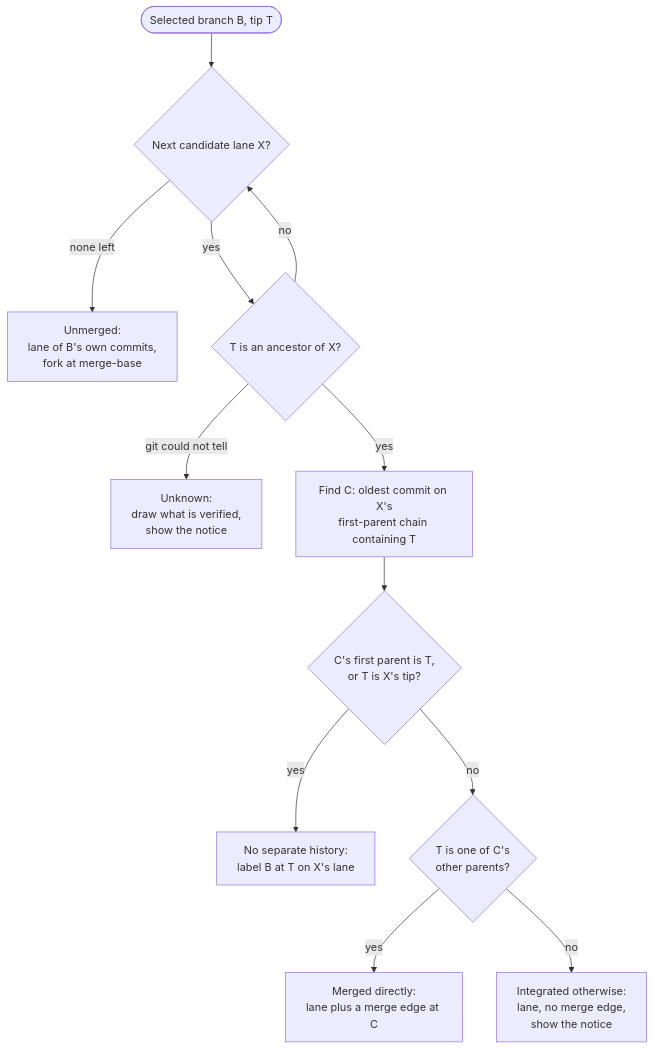
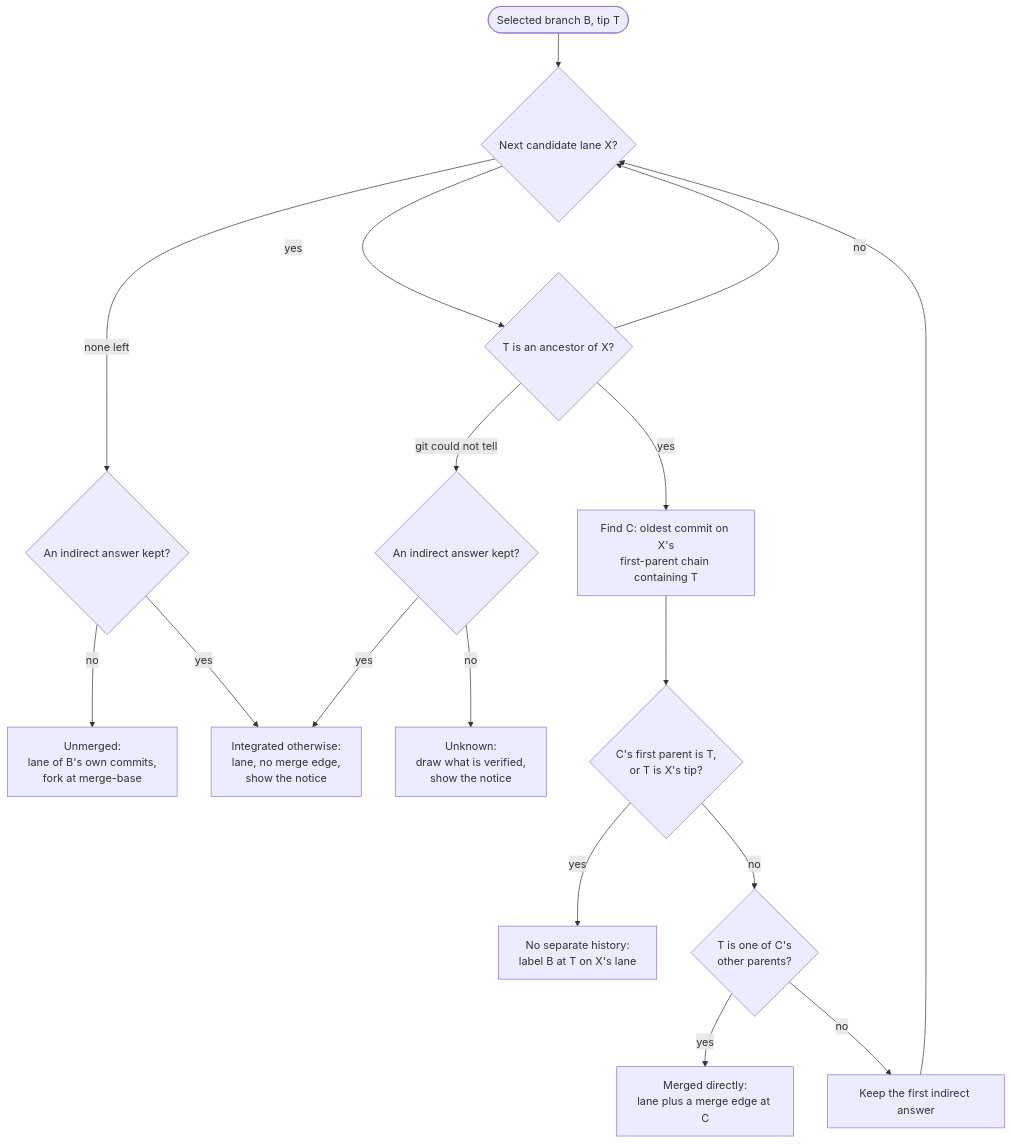
One commit to yankeeinlondon/rusty-biscuit changed the first of 2 diagrams in worktree/docs/git-graph.md. Above: the diagram before and after it, drawn with Mermaid. The commit also changed other lines of this file and 1 other file, not shown here.

````diff
--- a/worktree/docs/git-graph.md
+++ b/worktree/docs/git-graph.md
@@ -70,14 +76,19 @@
 ```mermaid
 flowchart TD
     start([Selected branch B, tip T]) --> next{Next candidate lane X?}
-    next -- none left --> unmerged[Unmerged:<br/>lane of B's own commits,<br/>fork at merge-base]
+    next -- none left --> kept1{An indirect answer kept?}
+    kept1 -- no --> unmerged[Unmerged:<br/>lane of B's own commits,<br/>fork at merge-base]
+    kept1 -- yes --> indirect[Integrated otherwise:<br/>lane, no merge edge,<br/>show the notice]
     next -- yes --> contains{T is an ancestor of X?}
     contains -- no --> next
-    contains -- git could not tell --> unknown[Unknown:<br/>draw what is verified,<br/>show the notice]
+    contains -- git could not tell --> kept2{An indirect answer kept?}
+    kept2 -- no --> unknown[Unknown:<br/>draw what is verified,<br/>show the notice]
+    kept2 -- yes --> indirect
     contains -- yes --> findC[Find C: oldest commit on X's<br/>first-parent chain containing T]
     findC --> c1{C's first parent is T,<br/>or T is X's tip?}
     c1 -- yes --> label[No separate history:<br/>label B at T on X's lane]
     c1 -- no --> c2{T is one of C's<br/>other parents?}
     c2 -- yes --> merged[Merged directly:<br/>lane plus a merge edge at C]
-    c2 -- no --> indirect[Integrated otherwise:<br/>lane, no merge edge,<br/>show the notice]
+    c2 -- no --> keep[Keep the first indirect answer]
+    keep --> next
 ```
````
